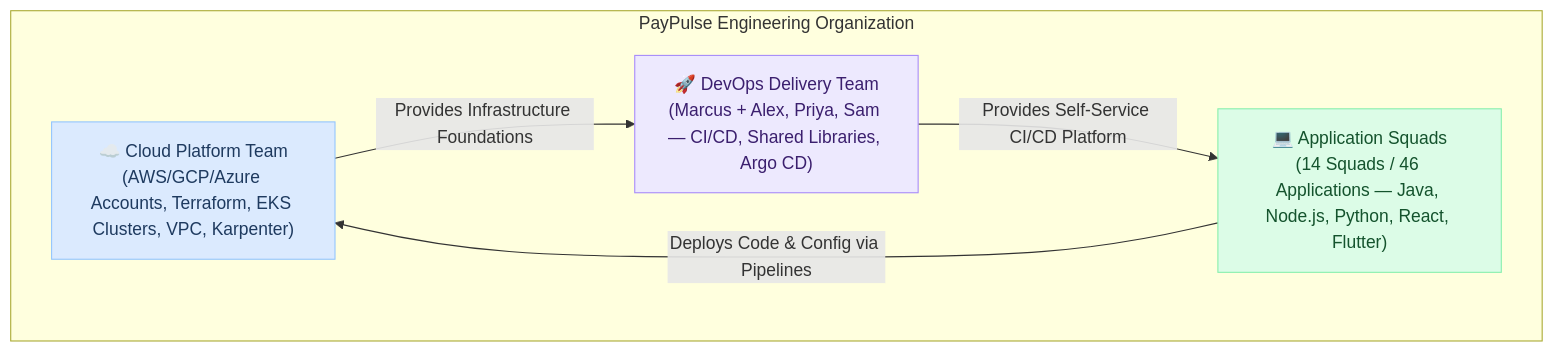
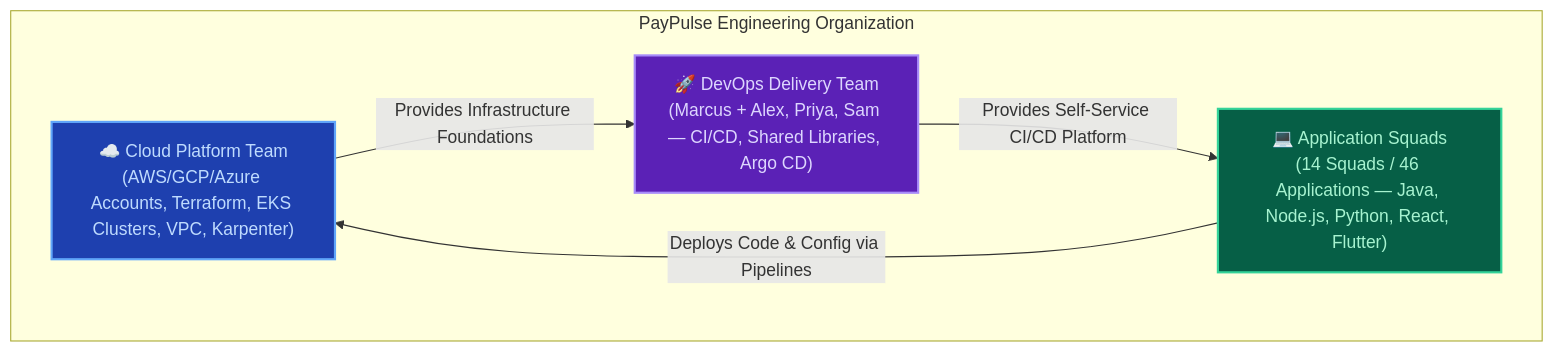
One commit to devopspilot1/devopspilot1.github.io changed the diagram in docs/devops-responsibilities/index.md. Above: the diagram before and after it, drawn with Mermaid. The commit also changed other lines of this file and 22 other files, not shown here.

Commit message:
feat: add SVG brand icons, initialize Mermaid, and update UI styling and layouts

````diff
--- a/docs/devops-responsibilities/index.md
+++ b/docs/devops-responsibilities/index.md
@@ -27,17 +27,17 @@
 ```mermaid
 graph TD
-    classDef client   fill:#dbeafe,stroke:#93c5fd,color:#1e3a5f
-    classDef gateway  fill:#ede9fe,stroke:#a78bfa,color:#3b1f6e
-    classDef service  fill:#dcfce7,stroke:#86efac,color:#14532d
-    classDef storage  fill:#fce7f3,stroke:#f9a8d4,color:#831843
+    classDef client   fill:#1e40af,stroke:#60a5fa,stroke-width:2px,color:#bfdbfe
+    classDef gateway  fill:#5b21b6,stroke:#a78bfa,stroke-width:2px,color:#ddd6fe
+    classDef service  fill:#065f46,stroke:#34d399,stroke-width:2px,color:#a7f3d0
+    classDef storage  fill:#9f1239,stroke:#fb7185,stroke-width:2px,color:#fecdd3
 
     subgraph Org["PayPulse Engineering Organization"]
         CP["☁️ Cloud Platform Team<br/>(AWS/GCP/Azure Accounts, Terraform, EKS Clusters, VPC, Karpenter)"]:::client
         DD["🚀 DevOps Delivery Team<br/>(Marcus + Alex, Priya, Sam — CI/CD, Shared Libraries, Argo CD)"]:::gateway
         AS["💻 Application Squads<br/>(14 Squads / 46 Applications — Java, Node.js, Python, React, Flutter)"]:::service
     end
 
-    CP -->|"Provides Infrastructure Foundations"| DD
-    DD -->|"Provides Self-Service CI/CD Platform"| AS
-    AS -->|"Deploys Code & Config via Pipelines"| CP
+    CP -->|Provides Infrastructure Foundations| DD
+    DD -->|Provides Self-Service CI/CD Platform| AS
+    AS -->|Deploys Code & Config via Pipelines| CP
 ```
````
